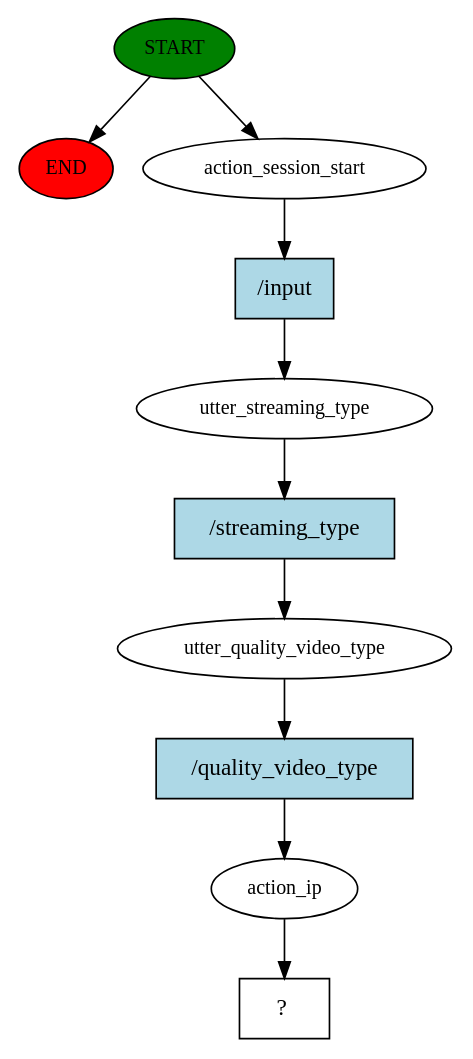
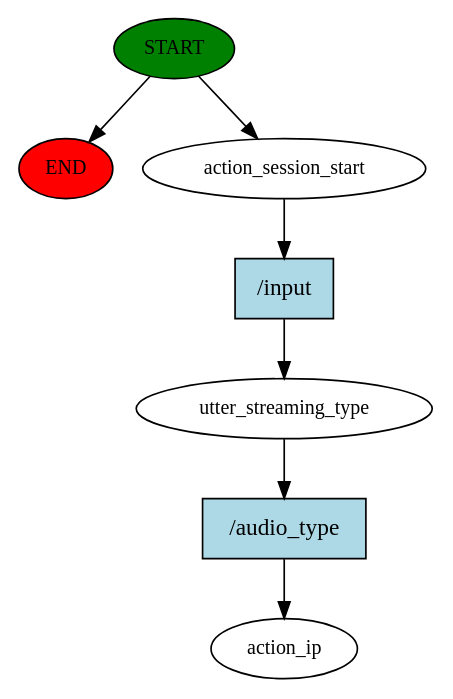
The diagram in story_graph.dot (NathanDezan/chatbot-pytube), drawn with Graphviz before and after one commit. The commit also changed 350 other files, not shown here.

```diff
--- a/story_graph.dot
+++ b/story_graph.dot
@@ -1,21 +1,15 @@
 digraph  {
 0 [class="start active", fillcolor=green, fontsize=12, label=START, style=filled];
 "-1" [class=end, fillcolor=red, fontsize=12, label=END, style=filled];
 1 [class=active, fontsize=12, label=action_session_start];
 2 [class=active, fontsize=12, label=utter_streaming_type];
-3 [class=active, fontsize=12, label=utter_quality_video_type];
-4 [class=active, fontsize=12, label=action_ip];
-5 [class="intent dashed active", label="  ?  ", shape=rect];
-6 [class="intent active", fillcolor=lightblue, label="/input", shape=rect, style=filled];
-7 [class="intent active", fillcolor=lightblue, label="/streaming_type", shape=rect, style=filled];
-8 [class="intent active", fillcolor=lightblue, label="/quality_video_type", shape=rect, style=filled];
+3 [class="dashed active", fontsize=12, label=action_ip];
+4 [class="intent active", fillcolor=lightblue, label="/input", shape=rect, style=filled];
+5 [class="intent active", fillcolor=lightblue, label="/audio_type", shape=rect, style=filled];
 0 -> "-1"  [class="", key=NONE, label=""];
 0 -> 1  [class=active, key=NONE, label=""];
-1 -> 6  [class=active, key=0];
-2 -> 7  [class=active, key=0];
-3 -> 8  [class=active, key=0];
-4 -> 5  [class=active, key=NONE, label=""];
-6 -> 2  [class=active, key=0];
-7 -> 3  [class=active, key=0];
-8 -> 4  [class=active, key=0];
+1 -> 4  [class=active, key=0];
+2 -> 5  [class=active, key=0];
+4 -> 2  [class=active, key=0];
+5 -> 3  [class=active, key=0];
 }
```
